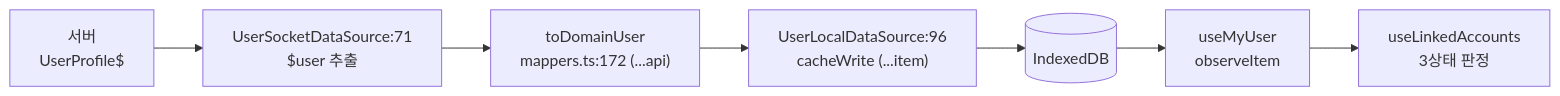
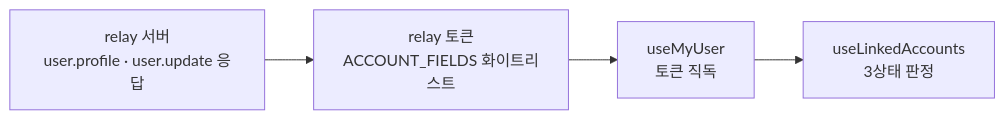
The third of 3 diagrams in apps/web/docs/feature/auth/account-linking.md (lemoncloud-io/dou-app), drawn with Mermaid before and after one commit. The commit also changed other lines of this file and 5 other files, not shown here.

````diff
--- a/apps/web/docs/feature/auth/account-linking.md
+++ b/apps/web/docs/feature/auth/account-linking.md
@@ -159,9 +169,6 @@
 ```mermaid
 graph LR
-    SRV["서버<br/>UserProfile$"] --> RDS["UserSocketDataSource:71<br/>$user 추출"]
-    RDS --> MAP["toDomainUser<br/>mappers.ts:172 (...api)"]
-    MAP --> LDS["UserLocalDataSource:96<br/>cacheWrite (...item)"]
-    LDS --> IDB[(IndexedDB)]
-    IDB --> MU["useMyUser<br/>observeItem"]
+    SRV["relay 서버<br/>user.profile · user.update 응답"] --> TOK["relay 토큰<br/>ACCOUNT_FIELDS 화이트리스트"]
+    TOK --> MU["useMyUser<br/>토큰 직독"]
     MU --> LA["useLinkedAccounts<br/>3상태 판정"]
 ```
````
